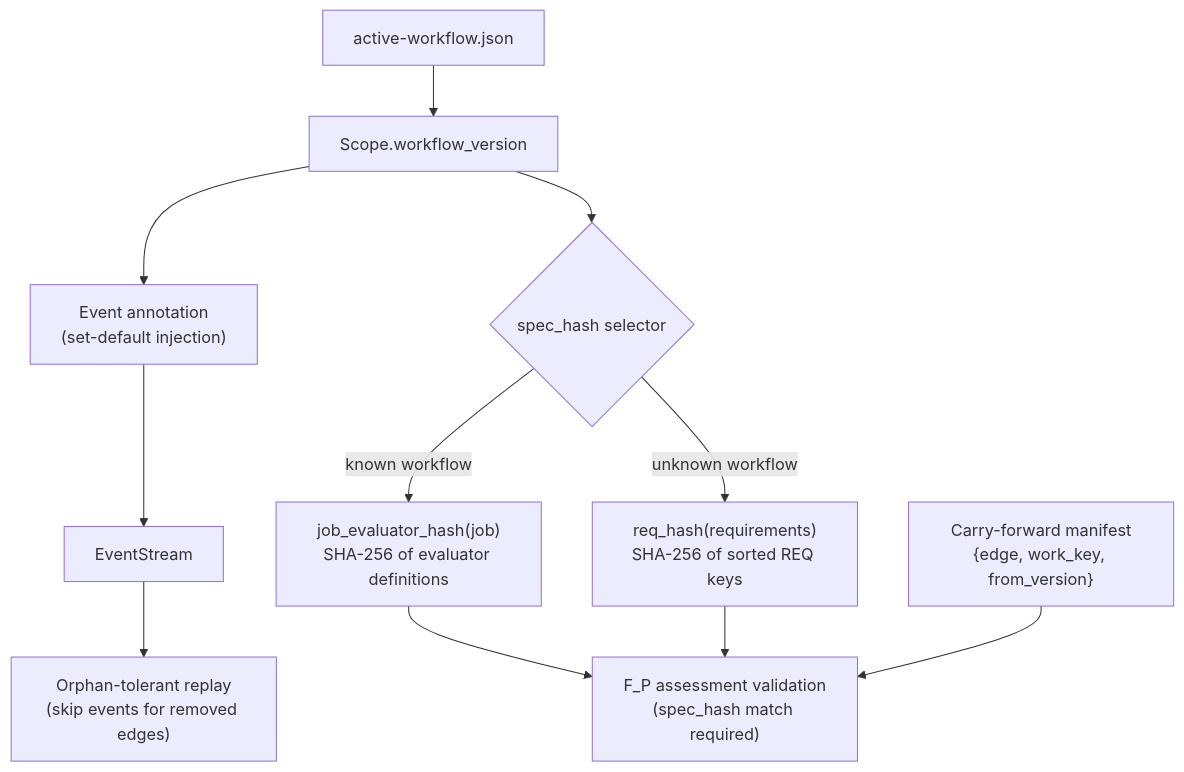
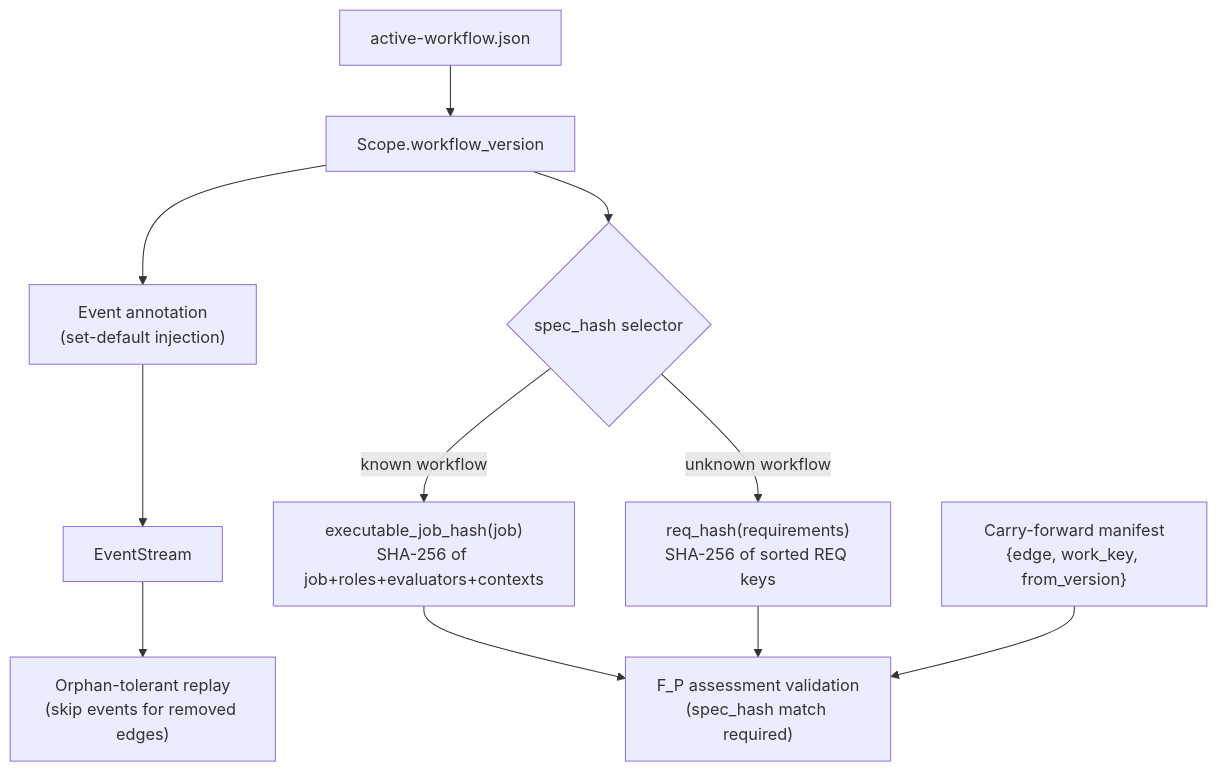
The fifth of 23 diagrams in docs/ABG_Design_Document.md (foolishimp/abiogenesis), drawn with Mermaid before and after one commit. The commit also changed other lines of this file and 90 other files, not shown here.

````diff
--- a/docs/ABG_Design_Document.md
+++ b/docs/ABG_Design_Document.md
@@ -296,13 +407,13 @@
 ```mermaid
 flowchart TD
     AW["active-workflow.json"] --> SC["Scope.workflow_version"]
     SC --> EA["Event annotation\n(set-default injection)"]
     SC --> SH{"spec_hash selector"}
-    SH -->|"known workflow"| JH["job_evaluator_hash(job)\nSHA-256 of evaluator definitions"]
+    SH -->|"known workflow"| JH["executable_job_hash(job)\nSHA-256 of job+roles+evaluators+contexts"]
     SH -->|"unknown workflow"| RH["req_hash(requirements)\nSHA-256 of sorted REQ keys"]
     EA --> ES[EventStream]
     JH --> FP["F_P assessment validation\n(spec_hash match required)"]
     RH --> FP
     CF["Carry-forward manifest\n{edge, work_key, from_version}"] --> FP
     ES --> OT["Orphan-tolerant replay\n(skip events for removed edges)"]
 ```
````
